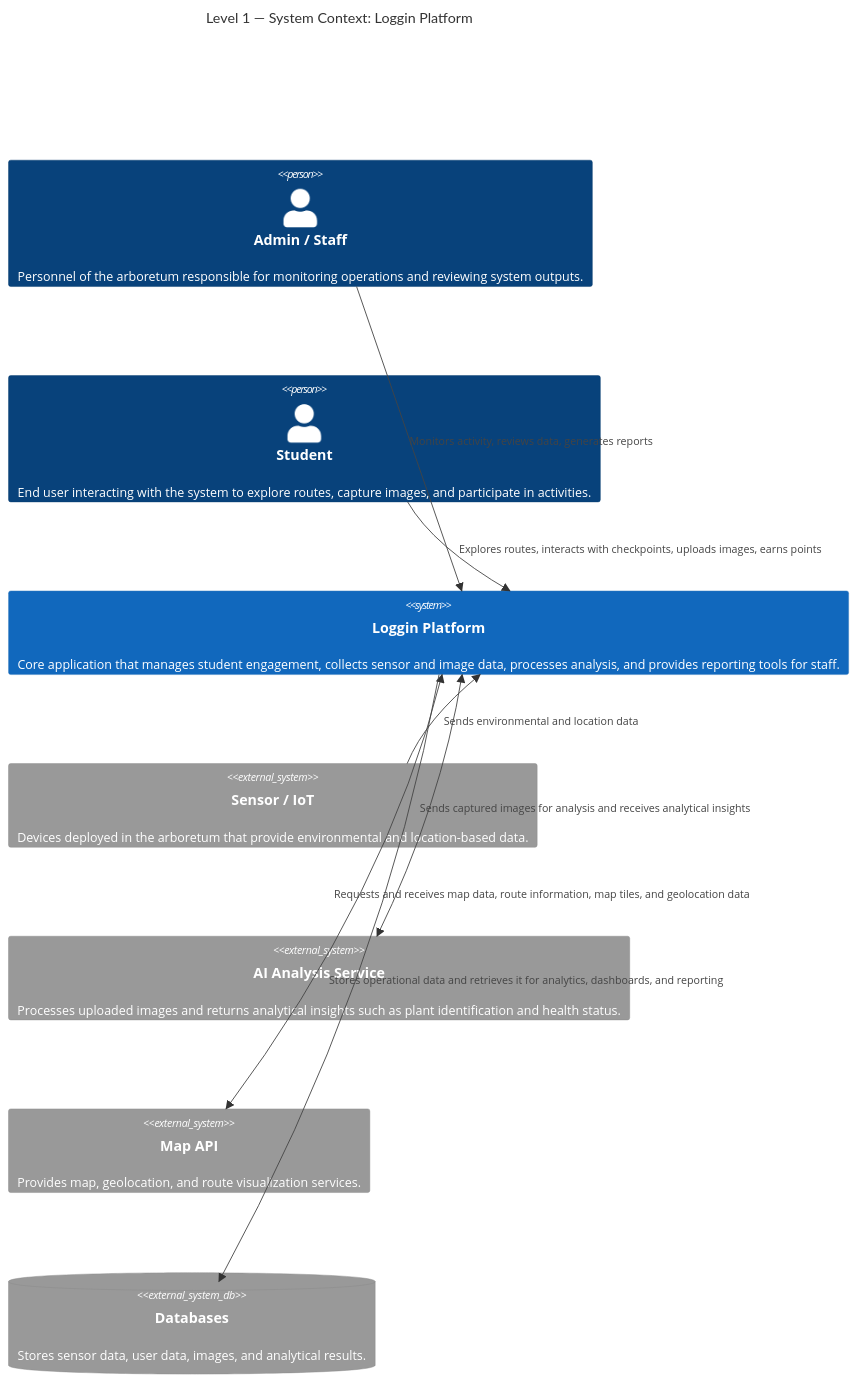
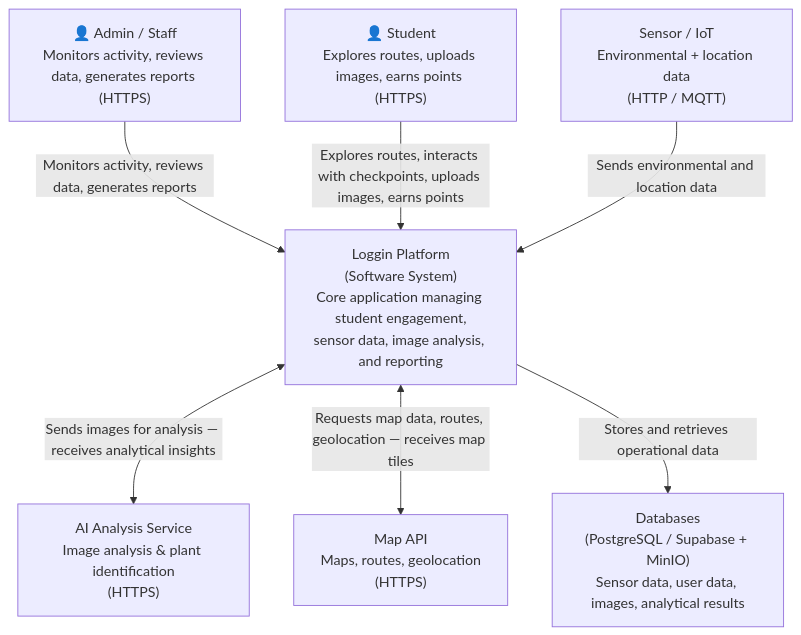
Before and after one commit to RubberDuck808/lab4-goalz: the first of 2 diagrams in docs/diagrams/README.md, drawn with Mermaid. The commit also changed other lines of this file and 5 other files, not shown here.

First line of the commit message:
docs(diagrams): convert to flowchart TD style, remove old diagrams

````diff
--- a/docs/diagrams/README.md
+++ b/docs/diagrams/README.md
@@ -11,21 +11,24 @@
 ```mermaid
-C4Context
-    title Level 1 — System Context: Loggin Platform
+flowchart TD
 
-    Person(admin, "Admin / Staff", "Personnel of the arboretum responsible for monitoring operations and reviewing system outputs.")
-    Person(student, "Student", "End user interacting with the system to explore routes, capture images, and participate in activities.")
+%% ===================== USERS =====================
+admin["👤 Admin / Staff<br/>Monitors activity, reviews data, generates reports (HTTPS)"]
+student["👤 Student<br/>Explores routes, uploads images, earns points (HTTPS)"]
 
-    System(loggin, "Loggin Platform", "Core application that manages student engagement, collects sensor and image data, processes analysis, and provides reporting tools for staff.")
+%% ===================== PLATFORM =====================
+platform["Loggin Platform<br/>(Software System)<br/>Core application managing student engagement,<br/>sensor data, image analysis, and reporting"]
 
-    System_Ext(sensor, "Sensor / IoT", "Devices deployed in the arboretum that provide environmental and location-based data.")
-    System_Ext(ai, "AI Analysis Service", "Processes uploaded images and returns analytical insights such as plant identification and health status.")
-    System_Ext(mapapi, "Map API", "Provides map, geolocation, and route visualization services.")
-    SystemDb_Ext(databases, "Databases", "Stores sensor data, user data, images, and analytical results.")
+%% ===================== EXTERNAL =====================
+sensor["Sensor / IoT<br/>Environmental + location data<br/>(HTTP / MQTT)"]
+ai["AI Analysis Service<br/>Image analysis & plant identification<br/>(HTTPS)"]
+mapapi["Map API<br/>Maps, routes, geolocation<br/>(HTTPS)"]
+db["Databases<br/>(PostgreSQL / Supabase + MinIO)<br/>Sensor data, user data, images, analytical results"]
 
-    Rel(admin, loggin, "Monitors activity, reviews data, generates reports")
-    Rel(student, loggin, "Explores routes, interacts with checkpoints, uploads images, earns points")
-    Rel(sensor, loggin, "Sends environmental and location data")
-    BiRel(loggin, ai, "Sends captured images for analysis and receives analytical insights")
-    BiRel(loggin, mapapi, "Requests and receives map data, route information, map tiles, and geolocation data")
-    Rel(loggin, databases, "Stores operational data and retrieves it for analytics, dashboards, and reporting")
+%% ===================== RELATIONSHIPS =====================
+admin -->|"Monitors activity, reviews data, generates reports"| platform
+student -->|"Explores routes, interacts with checkpoints, uploads images, earns points"| platform
+sensor -->|"Sends environmental and location data"| platform
+platform <-->|"Sends images for analysis — receives analytical insights"| ai
+platform <-->|"Requests map data, routes, geolocation — receives map tiles"| mapapi
+platform -->|"Stores and retrieves operational data"| db
 ```
````
